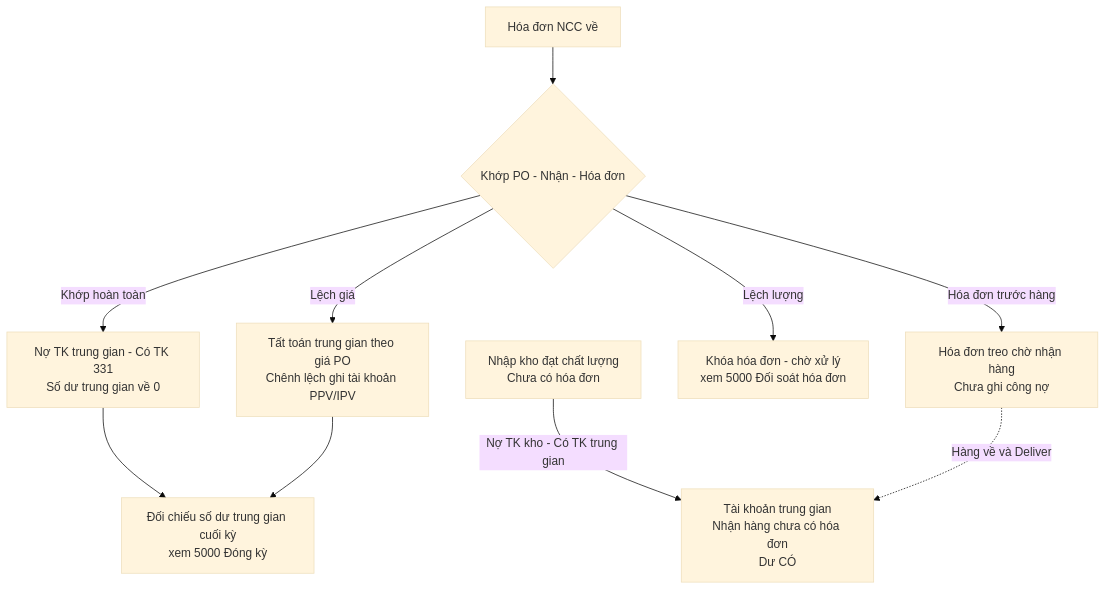
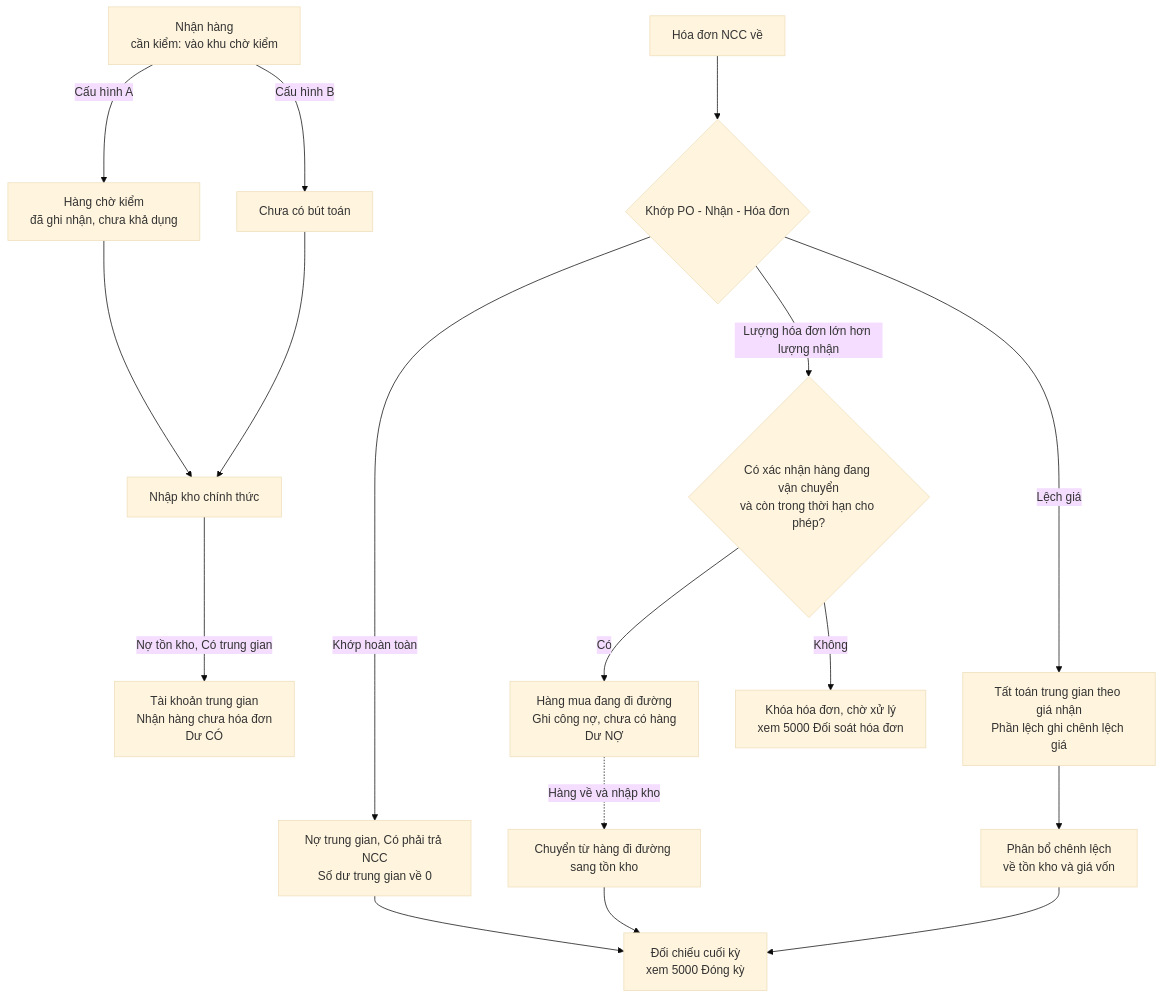
The first of 2 diagrams in docs/erp-nghiep-vu/6-ke-toan-chung/1000-hach-toan-va-tai-khoan-trung-gian.md (thanvanhai/thanvanhai.github.io), drawn with Mermaid (base theme) before and after one commit. The commit also changed other lines of this file and 41 other files, not shown here.

````diff
--- a/docs/erp-nghiep-vu/6-ke-toan-chung/1000-hach-toan-va-tai-khoan-trung-gian.md
+++ b/docs/erp-nghiep-vu/6-ke-toan-chung/1000-hach-toan-va-tai-khoan-trung-gian.md
@@ -26,12 +40,21 @@
 ```mermaid
 flowchart TD
-    GR["Nhập kho đạt chất lượng<br/>Chưa có hóa đơn"] -->|Nợ TK kho - Có TK trung gian| ACC["Tài khoản trung gian<br/>Nhận hàng chưa có hóa đơn<br/>Dư CÓ"]
+    REC["Nhận hàng<br/>cần kiểm: vào khu chờ kiểm"] -->|Cấu hình A| QI["Hàng chờ kiểm<br/>đã ghi nhận, chưa khả dụng"]
+    REC -->|Cấu hình B| NOENT["Chưa có bút toán"]
+    QI --> GR["Nhập kho chính thức"]
+    NOENT --> GR
+    GR -->|Nợ tồn kho, Có trung gian| ACC["Tài khoản trung gian<br/>Nhận hàng chưa hóa đơn<br/>Dư CÓ"]
+
     INV["Hóa đơn NCC về"] --> MATCH{"Khớp PO - Nhận - Hóa đơn"}
-    MATCH -->|Khớp hoàn toàn| CLR["Nợ TK trung gian - Có TK 331<br/>Số dư trung gian về 0"]
-    MATCH -->|Lệch giá| IPV["Tất toán trung gian theo giá PO<br/>Chênh lệch ghi tài khoản PPV/IPV"]
-    MATCH -->|Lệch lượng| HOLD["Khóa hóa đơn - chờ xử lý<br/>xem 5000 Đối soát hóa đơn"]
-    MATCH -->|Hóa đơn trước hàng| PARK["Hóa đơn treo chờ nhận hàng<br/>Chưa ghi công nợ"]
-    PARK -.->|Hàng về và Deliver| ACC
-    CLR --> RECON["Đối chiếu số dư trung gian cuối kỳ<br/>xem 5000 Đóng kỳ"]
-    IPV --> RECON
+    MATCH -->|Khớp hoàn toàn| CLR["Nợ trung gian, Có phải trả NCC<br/>Số dư trung gian về 0"]
+    MATCH -->|Lệch giá| VAR["Tất toán trung gian theo giá nhận<br/>Phần lệch ghi chênh lệch giá"]
+    MATCH -->|Lượng hóa đơn lớn hơn lượng nhận| EVID{"Có xác nhận hàng đang vận chuyển<br/>và còn trong thời hạn cho phép?"}
+    EVID -->|Có| EARLY["Hàng mua đang đi đường<br/>Ghi công nợ, chưa có hàng<br/>Dư NỢ"]
+    EVID -->|Không| HOLD["Khóa hóa đơn, chờ xử lý<br/>xem 5000 Đối soát hóa đơn"]
+    EARLY -.->|Hàng về và nhập kho| CLR2["Chuyển từ hàng đi đường sang tồn kho"]
+
+    CLR --> RECON["Đối chiếu cuối kỳ<br/>xem 5000 Đóng kỳ"]
+    VAR --> ALLOC["Phân bổ chênh lệch<br/>về tồn kho và giá vốn"]
+    CLR2 --> RECON
+    ALLOC --> RECON
 ```
````
